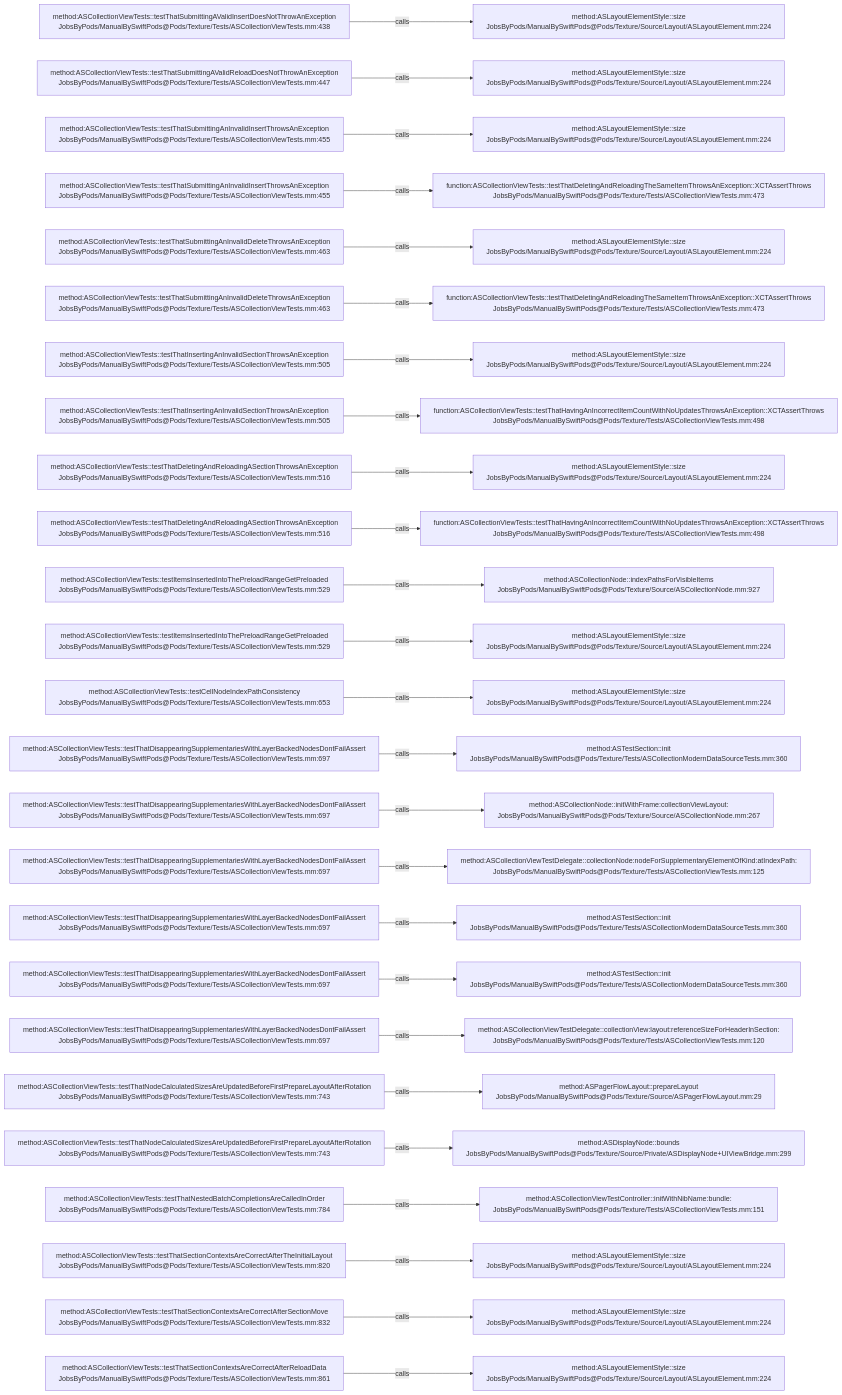
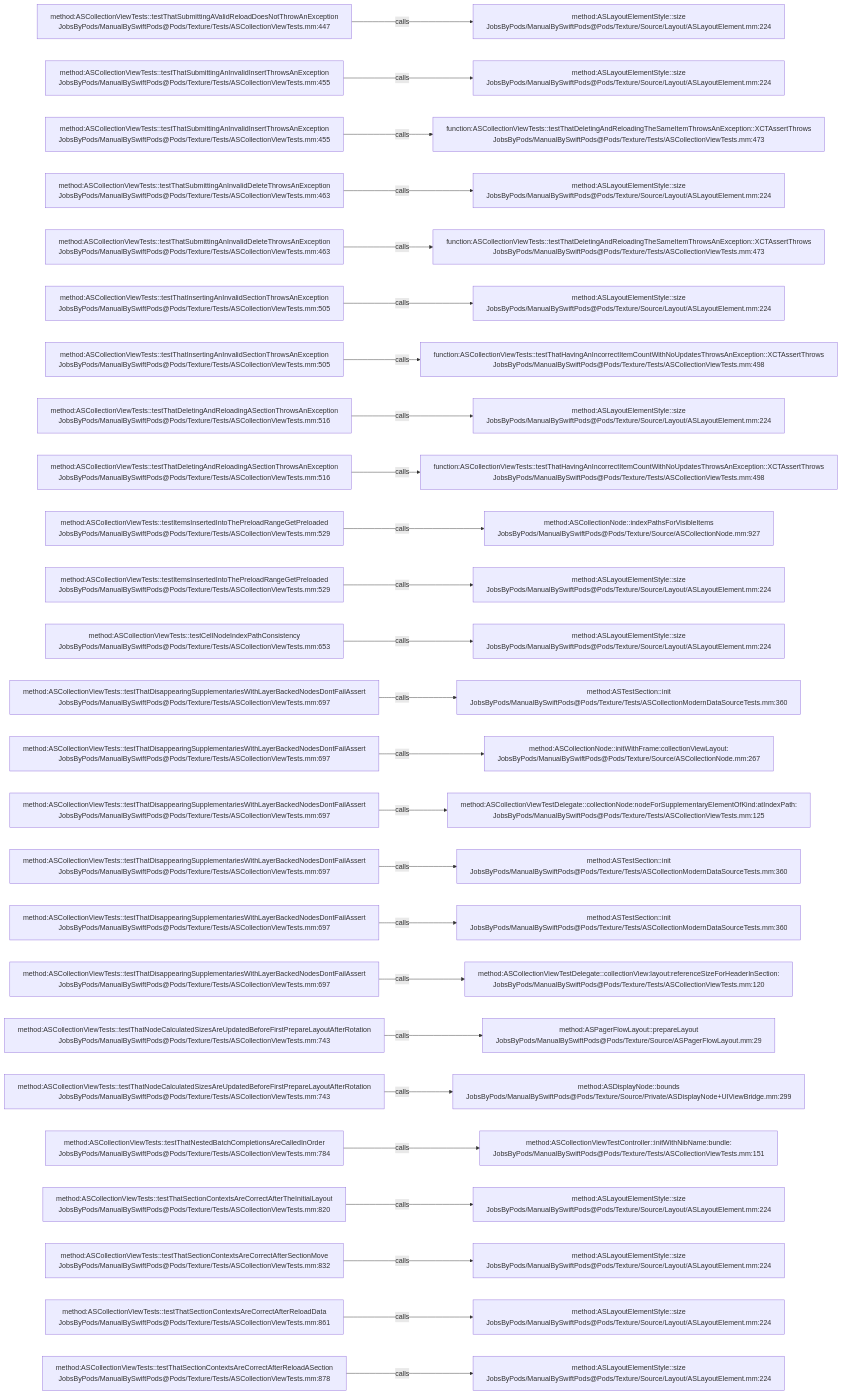
Before and after one commit to JobsKits/JobsSwiftBaseConfigDemo: the diagram in .codegraph/codegraph.md/graphs/calls-172.md, drawn with Mermaid. The commit also changed 747 other files, not shown here.

````diff
--- a/.codegraph/codegraph.md/graphs/calls-172.md
+++ b/.codegraph/codegraph.md/graphs/calls-172.md
@@ -13,78 +13,78 @@
 ```mermaid
 flowchart LR
-  S1["method:ASCollectionViewTests::testThatSubmittingAValidInsertDoesNotThrowAnException<br/>JobsByPods/ManualBySwiftPods@Pods/Texture/Tests/ASCollectionViewTests.mm:438"]
+  S1["method:ASCollectionViewTests::testThatSubmittingAValidReloadDoesNotThrowAnException<br/>JobsByPods/ManualBySwiftPods@Pods/Texture/Tests/ASCollectionViewTests.mm:447"]
   T1["method:ASLayoutElementStyle::size<br/>JobsByPods/ManualBySwiftPods@Pods/Texture/Source/Layout/ASLayoutElement.mm:224"]
   S1 -->|calls| T1
-  S2["method:ASCollectionViewTests::testThatSubmittingAValidReloadDoesNotThrowAnException<br/>JobsByPods/ManualBySwiftPods@Pods/Texture/Tests/ASCollectionViewTests.mm:447"]
+  S2["method:ASCollectionViewTests::testThatSubmittingAnInvalidInsertThrowsAnException<br/>JobsByPods/ManualBySwiftPods@Pods/Texture/Tests/ASCollectionViewTests.mm:455"]
   T2["method:ASLayoutElementStyle::size<br/>JobsByPods/ManualBySwiftPods@Pods/Texture/Source/Layout/ASLayoutElement.mm:224"]
   S2 -->|calls| T2
   S3["method:ASCollectionViewTests::testThatSubmittingAnInvalidInsertThrowsAnException<br/>JobsByPods/ManualBySwiftPods@Pods/Texture/Tests/ASCollectionViewTests.mm:455"]
-  T3["method:ASLayoutElementStyle::size<br/>JobsByPods/ManualBySwiftPods@Pods/Texture/Source/Layout/ASLayoutElement.mm:224"]
+  T3["function:ASCollectionViewTests::testThatDeletingAndReloadingTheSameItemThrowsAnException::XCTAssertThrows<br/>JobsByPods/ManualBySwiftPods@Pods/Texture/Tests/ASCollectionViewTests.mm:473"]
   S3 -->|calls| T3
-  S4["method:ASCollectionViewTests::testThatSubmittingAnInvalidInsertThrowsAnException<br/>JobsByPods/ManualBySwiftPods@Pods/Texture/Tests/ASCollectionViewTests.mm:455"]
-  T4["function:ASCollectionViewTests::testThatDeletingAndReloadingTheSameItemThrowsAnException::XCTAssertThrows<br/>JobsByPods/ManualBySwiftPods@Pods/Texture/Tests/ASCollectionViewTests.mm:473"]
+  S4["method:ASCollectionViewTests::testThatSubmittingAnInvalidDeleteThrowsAnException<br/>JobsByPods/ManualBySwiftPods@Pods/Texture/Tests/ASCollectionViewTests.mm:463"]
+  T4["method:ASLayoutElementStyle::size<br/>JobsByPods/ManualBySwiftPods@Pods/Texture/Source/Layout/ASLayoutElement.mm:224"]
   S4 -->|calls| T4
   S5["method:ASCollectionViewTests::testThatSubmittingAnInvalidDeleteThrowsAnException<br/>JobsByPods/ManualBySwiftPods@Pods/Texture/Tests/ASCollectionViewTests.mm:463"]
-  T5["method:ASLayoutElementStyle::size<br/>JobsByPods/ManualBySwiftPods@Pods/Texture/Source/Layout/ASLayoutElement.mm:224"]
+  T5["function:ASCollectionViewTests::testThatDeletingAndReloadingTheSameItemThrowsAnException::XCTAssertThrows<br/>JobsByPods/ManualBySwiftPods@Pods/Texture/Tests/ASCollectionViewTests.mm:473"]
   S5 -->|calls| T5
-  S6["method:ASCollectionViewTests::testThatSubmittingAnInvalidDeleteThrowsAnException<br/>JobsByPods/ManualBySwiftPods@Pods/Texture/Tests/ASCollectionViewTests.mm:463"]
-  T6["function:ASCollectionViewTests::testThatDeletingAndReloadingTheSameItemThrowsAnException::XCTAssertThrows<br/>JobsByPods/ManualBySwiftPods@Pods/Texture/Tests/ASCollectionViewTests.mm:473"]
+  S6["method:ASCollectionViewTests::testThatInsertingAnInvalidSectionThrowsAnException<br/>JobsByPods/ManualBySwiftPods@Pods/Texture/Tests/ASCollectionViewTests.mm:505"]
+  T6["method:ASLayoutElementStyle::size<br/>JobsByPods/ManualBySwiftPods@Pods/Texture/Source/Layout/ASLayoutElement.mm:224"]
   S6 -->|calls| T6
   S7["method:ASCollectionViewTests::testThatInsertingAnInvalidSectionThrowsAnException<br/>JobsByPods/ManualBySwiftPods@Pods/Texture/Tests/ASCollectionViewTests.mm:505"]
-  T7["method:ASLayoutElementStyle::size<br/>JobsByPods/ManualBySwiftPods@Pods/Texture/Source/Layout/ASLayoutElement.mm:224"]
+  T7["function:ASCollectionViewTests::testThatHavingAnIncorrectItemCountWithNoUpdatesThrowsAnException::XCTAssertThrows<br/>JobsByPods/ManualBySwiftPods@Pods/Texture/Tests/ASCollectionViewTests.mm:498"]
   S7 -->|calls| T7
-  S8["method:ASCollectionViewTests::testThatInsertingAnInvalidSectionThrowsAnException<br/>JobsByPods/ManualBySwiftPods@Pods/Texture/Tests/ASCollectionViewTests.mm:505"]
-  T8["function:ASCollectionViewTests::testThatHavingAnIncorrectItemCountWithNoUpdatesThrowsAnException::XCTAssertThrows<br/>JobsByPods/ManualBySwiftPods@Pods/Texture/Tests/ASCollectionViewTests.mm:498"]
+  S8["method:ASCollectionViewTests::testThatDeletingAndReloadingASectionThrowsAnException<br/>JobsByPods/ManualBySwiftPods@Pods/Texture/Tests/ASCollectionViewTests.mm:516"]
+  T8["method:ASLayoutElementStyle::size<br/>JobsByPods/ManualBySwiftPods@Pods/Texture/Source/Layout/ASLayoutElement.mm:224"]
   S8 -->|calls| T8
   S9["method:ASCollectionViewTests::testThatDeletingAndReloadingASectionThrowsAnException<br/>JobsByPods/ManualBySwiftPods@Pods/Texture/Tests/ASCollectionViewTests.mm:516"]
-  T9["method:ASLayoutElementStyle::size<br/>JobsByPods/ManualBySwiftPods@Pods/Texture/Source/Layout/ASLayoutElement.mm:224"]
+  T9["function:ASCollectionViewTests::testThatHavingAnIncorrectItemCountWithNoUpdatesThrowsAnException::XCTAssertThrows<br/>JobsByPods/ManualBySwiftPods@Pods/Texture/Tests/ASCollectionViewTests.mm:498"]
   S9 -->|calls| T9
-  S10["method:ASCollectionViewTests::testThatDeletingAndReloadingASectionThrowsAnException<br/>JobsByPods/ManualBySwiftPods@Pods/Texture/Tests/ASCollectionViewTests.mm:516"]
-  T10["function:ASCollectionViewTests::testThatHavingAnIncorrectItemCountWithNoUpdatesThrowsAnException::XCTAssertThrows<br/>JobsByPods/ManualBySwiftPods@Pods/Texture/Tests/ASCollectionViewTests.mm:498"]
+  S10["method:ASCollectionViewTests::testItemsInsertedIntoThePreloadRangeGetPreloaded<br/>JobsByPods/ManualBySwiftPods@Pods/Texture/Tests/ASCollectionViewTests.mm:529"]
+  T10["method:ASCollectionNode::indexPathsForVisibleItems<br/>JobsByPods/ManualBySwiftPods@Pods/Texture/Source/ASCollectionNode.mm:927"]
   S10 -->|calls| T10
   S11["method:ASCollectionViewTests::testItemsInsertedIntoThePreloadRangeGetPreloaded<br/>JobsByPods/ManualBySwiftPods@Pods/Texture/Tests/ASCollectionViewTests.mm:529"]
-  T11["method:ASCollectionNode::indexPathsForVisibleItems<br/>JobsByPods/ManualBySwiftPods@Pods/Texture/Source/ASCollectionNode.mm:927"]
+  T11["method:ASLayoutElementStyle::size<br/>JobsByPods/ManualBySwiftPods@Pods/Texture/Source/Layout/ASLayoutElement.mm:224"]
   S11 -->|calls| T11
-  S12["method:ASCollectionViewTests::testItemsInsertedIntoThePreloadRangeGetPreloaded<br/>JobsByPods/ManualBySwiftPods@Pods/Texture/Tests/ASCollectionViewTests.mm:529"]
+  S12["method:ASCollectionViewTests::testCellNodeIndexPathConsistency<br/>JobsByPods/ManualBySwiftPods@Pods/Texture/Tests/ASCollectionViewTests.mm:653"]
   T12["method:ASLayoutElementStyle::size<br/>JobsByPods/ManualBySwiftPods@Pods/Texture/Source/Layout/ASLayoutElement.mm:224"]
   S12 -->|calls| T12
-  S13["method:ASCollectionViewTests::testCellNodeIndexPathConsistency<br/>JobsByPods/ManualBySwiftPods@Pods/Texture/Tests/ASCollectionViewTests.mm:653"]
-  T13["method:ASLayoutElementStyle::size<br/>JobsByPods/ManualBySwiftPods@Pods/Texture/Source/Layout/ASLayoutElement.mm:224"]
+  S13["method:ASCollectionViewTests::testThatDisappearingSupplementariesWithLayerBackedNodesDontFailAssert<br/>JobsByPods/ManualBySwiftPods@Pods/Texture/Tests/ASCollectionViewTests.mm:697"]
+  T13["method:ASTestSection::init<br/>JobsByPods/ManualBySwiftPods@Pods/Texture/Tests/ASCollectionModernDataSourceTests.mm:360"]
   S13 -->|calls| T13
   S14["method:ASCollectionViewTests::testThatDisappearingSupplementariesWithLayerBackedNodesDontFailAssert<br/>JobsByPods/ManualBySwiftPods@Pods/Texture/Tests/ASCollectionViewTests.mm:697"]
-  T14["method:ASTestSection::init<br/>JobsByPods/ManualBySwiftPods@Pods/Texture/Tests/ASCollectionModernDataSourceTests.mm:360"]
+  T14["method:ASCollectionNode::initWithFrame:collectionViewLayout:<br/>JobsByPods/ManualBySwiftPods@Pods/Texture/Source/ASCollectionNode.mm:267"]
   S14 -->|calls| T14
   S15["method:ASCollectionViewTests::testThatDisappearingSupplementariesWithLayerBackedNodesDontFailAssert<br/>JobsByPods/ManualBySwiftPods@Pods/Texture/Tests/ASCollectionViewTests.mm:697"]
-  T15["method:ASCollectionNode::initWithFrame:collectionViewLayout:<br/>JobsByPods/ManualBySwiftPods@Pods/Texture/Source/ASCollectionNode.mm:267"]
+  T15["method:ASCollectionViewTestDelegate::collectionNode:nodeForSupplementaryElementOfKind:atIndexPath:<br/>JobsByPods/ManualBySwiftPods@Pods/Texture/Tests/ASCollectionViewTests.mm:125"]
   S15 -->|calls| T15
   S16["method:ASCollectionViewTests::testThatDisappearingSupplementariesWithLayerBackedNodesDontFailAssert<br/>JobsByPods/ManualBySwiftPods@Pods/Texture/Tests/ASCollectionViewTests.mm:697"]
-  T16["method:ASCollectionViewTestDelegate::collectionNode:nodeForSupplementaryElementOfKind:atIndexPath:<br/>JobsByPods/ManualBySwiftPods@Pods/Texture/Tests/ASCollectionViewTests.mm:125"]
+  T16["method:ASTestSection::init<br/>JobsByPods/ManualBySwiftPods@Pods/Texture/Tests/ASCollectionModernDataSourceTests.mm:360"]
   S16 -->|calls| T16
   S17["method:ASCollectionViewTests::testThatDisappearingSupplementariesWithLayerBackedNodesDontFailAssert<br/>JobsByPods/ManualBySwiftPods@Pods/Texture/Tests/ASCollectionViewTests.mm:697"]
   T17["method:ASTestSection::init<br/>JobsByPods/ManualBySwiftPods@Pods/Texture/Tests/ASCollectionModernDataSourceTests.mm:360"]
   S17 -->|calls| T17
   S18["method:ASCollectionViewTests::testThatDisappearingSupplementariesWithLayerBackedNodesDontFailAssert<br/>JobsByPods/ManualBySwiftPods@Pods/Texture/Tests/ASCollectionViewTests.mm:697"]
-  T18["method:ASTestSection::init<br/>JobsByPods/ManualBySwiftPods@Pods/Texture/Tests/ASCollectionModernDataSourceTests.mm:360"]
+  T18["method:ASCollectionViewTestDelegate::collectionView:layout:referenceSizeForHeaderInSection:<br/>JobsByPods/ManualBySwiftPods@Pods/Texture/Tests/ASCollectionViewTests.mm:120"]
   S18 -->|calls| T18
-  S19["method:ASCollectionViewTests::testThatDisappearingSupplementariesWithLayerBackedNodesDontFailAssert<br/>JobsByPods/ManualBySwiftPods@Pods/Texture/Tests/ASCollectionViewTests.mm:697"]
-  T19["method:ASCollectionViewTestDelegate::collectionView:layout:referenceSizeForHeaderInSection:<br/>JobsByPods/ManualBySwiftPods@Pods/Texture/Tests/ASCollectionViewTests.mm:120"]
+  S19["method:ASCollectionViewTests::testThatNodeCalculatedSizesAreUpdatedBeforeFirstPrepareLayoutAfterRotation<br/>JobsByPods/ManualBySwiftPods@Pods/Texture/Tests/ASCollectionViewTests.mm:743"]
+  T19["method:ASPagerFlowLayout::prepareLayout<br/>JobsByPods/ManualBySwiftPods@Pods/Texture/Source/ASPagerFlowLayout.mm:29"]
   S19 -->|calls| T19
   S20["method:ASCollectionViewTests::testThatNodeCalculatedSizesAreUpdatedBeforeFirstPrepareLayoutAfterRotation<br/>JobsByPods/ManualBySwiftPods@Pods/Texture/Tests/ASCollectionViewTests.mm:743"]
-  T20["method:ASPagerFlowLayout::prepareLayout<br/>JobsByPods/ManualBySwiftPods@Pods/Texture/Source/ASPagerFlowLayout.mm:29"]
+  T20["method:ASDisplayNode::bounds<br/>JobsByPods/ManualBySwiftPods@Pods/Texture/Source/Private/ASDisplayNode+UIViewBridge.mm:299"]
   S20 -->|calls| T20
-  S21["method:ASCollectionViewTests::testThatNodeCalculatedSizesAreUpdatedBeforeFirstPrepareLayoutAfterRotation<br/>JobsByPods/ManualBySwiftPods@Pods/Texture/Tests/ASCollectionViewTests.mm:743"]
-  T21["method:ASDisplayNode::bounds<br/>JobsByPods/ManualBySwiftPods@Pods/Texture/Source/Private/ASDisplayNode+UIViewBridge.mm:299"]
+  S21["method:ASCollectionViewTests::testThatNestedBatchCompletionsAreCalledInOrder<br/>JobsByPods/ManualBySwiftPods@Pods/Texture/Tests/ASCollectionViewTests.mm:784"]
+  T21["method:ASCollectionViewTestController::initWithNibName:bundle:<br/>JobsByPods/ManualBySwiftPods@Pods/Texture/Tests/ASCollectionViewTests.mm:151"]
   S21 -->|calls| T21
-  S22["method:ASCollectionViewTests::testThatNestedBatchCompletionsAreCalledInOrder<br/>JobsByPods/ManualBySwiftPods@Pods/Texture/Tests/ASCollectionViewTests.mm:784"]
-  T22["method:ASCollectionViewTestController::initWithNibName:bundle:<br/>JobsByPods/ManualBySwiftPods@Pods/Texture/Tests/ASCollectionViewTests.mm:151"]
+  S22["method:ASCollectionViewTests::testThatSectionContextsAreCorrectAfterTheInitialLayout<br/>JobsByPods/ManualBySwiftPods@Pods/Texture/Tests/ASCollectionViewTests.mm:820"]
+  T22["method:ASLayoutElementStyle::size<br/>JobsByPods/ManualBySwiftPods@Pods/Texture/Source/Layout/ASLayoutElement.mm:224"]
   S22 -->|calls| T22
-  S23["method:ASCollectionViewTests::testThatSectionContextsAreCorrectAfterTheInitialLayout<br/>JobsByPods/ManualBySwiftPods@Pods/Texture/Tests/ASCollectionViewTests.mm:820"]
+  S23["method:ASCollectionViewTests::testThatSectionContextsAreCorrectAfterSectionMove<br/>JobsByPods/ManualBySwiftPods@Pods/Texture/Tests/ASCollectionViewTests.mm:832"]
   T23["method:ASLayoutElementStyle::size<br/>JobsByPods/ManualBySwiftPods@Pods/Texture/Source/Layout/ASLayoutElement.mm:224"]
   S23 -->|calls| T23
-  S24["method:ASCollectionViewTests::testThatSectionContextsAreCorrectAfterSectionMove<br/>JobsByPods/ManualBySwiftPods@Pods/Texture/Tests/ASCollectionViewTests.mm:832"]
+  S24["method:ASCollectionViewTests::testThatSectionContextsAreCorrectAfterReloadData<br/>JobsByPods/ManualBySwiftPods@Pods/Texture/Tests/ASCollectionViewTests.mm:861"]
   T24["method:ASLayoutElementStyle::size<br/>JobsByPods/ManualBySwiftPods@Pods/Texture/Source/Layout/ASLayoutElement.mm:224"]
   S24 -->|calls| T24
-  S25["method:ASCollectionViewTests::testThatSectionContextsAreCorrectAfterReloadData<br/>JobsByPods/ManualBySwiftPods@Pods/Texture/Tests/ASCollectionViewTests.mm:861"]
+  S25["method:ASCollectionViewTests::testThatSectionContextsAreCorrectAfterReloadASection<br/>JobsByPods/ManualBySwiftPods@Pods/Texture/Tests/ASCollectionViewTests.mm:878"]
   T25["method:ASLayoutElementStyle::size<br/>JobsByPods/ManualBySwiftPods@Pods/Texture/Source/Layout/ASLayoutElement.mm:224"]
   S25 -->|calls| T25
 ```
````
